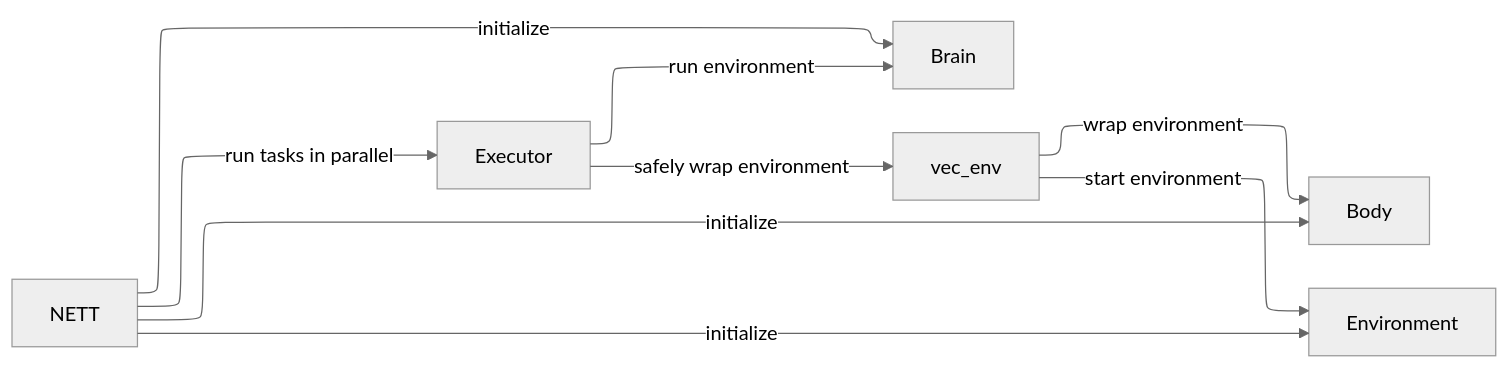
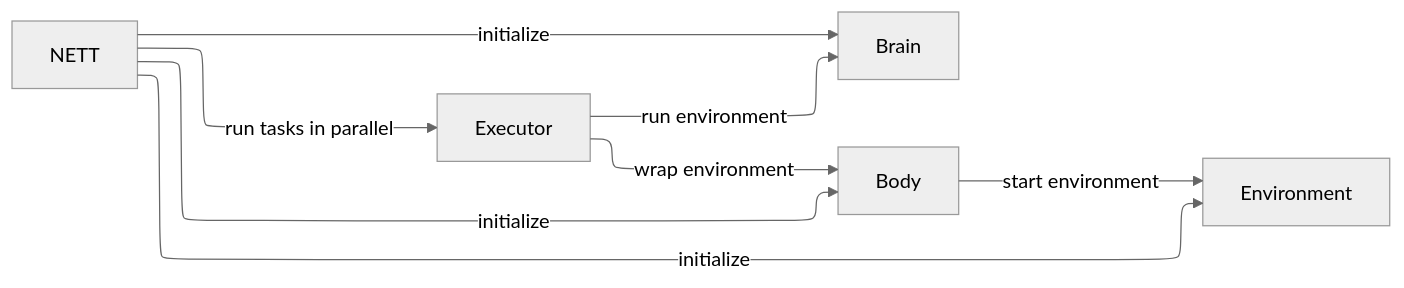
The diagram in docs/dev/simple_architecture.md (buildingamind/NewbornEmbodiedTuringTest), drawn with Mermaid before and after one commit. The commit also changed 3 other files, not shown here.

Commit message:
Updated architecture diagrams

````diff
--- a/docs/dev/simple_architecture.md
+++ b/docs/dev/simple_architecture.md
@@ -3,19 +3,16 @@
 ```mermaid
 ---
 config:
   theme: neutral
   look: classic
   layout: elk
 ---
 
-
 flowchart LR
 
-NETT -- initialize --> Brain & Body & Environment
+NETT -- initialize --> Brain & Body & Environment 
 NETT -- run tasks in parallel --> Executor
-Executor -- safely wrap environment --> vec_env
-vec_env -- start environment -->  Environment
-vec_env -- wrap environment -->  Body
+Executor -- wrap environment -->  Body
+Body -- start environment --> Environment
 Executor -- run environment --> Brain
-
 ```
````
